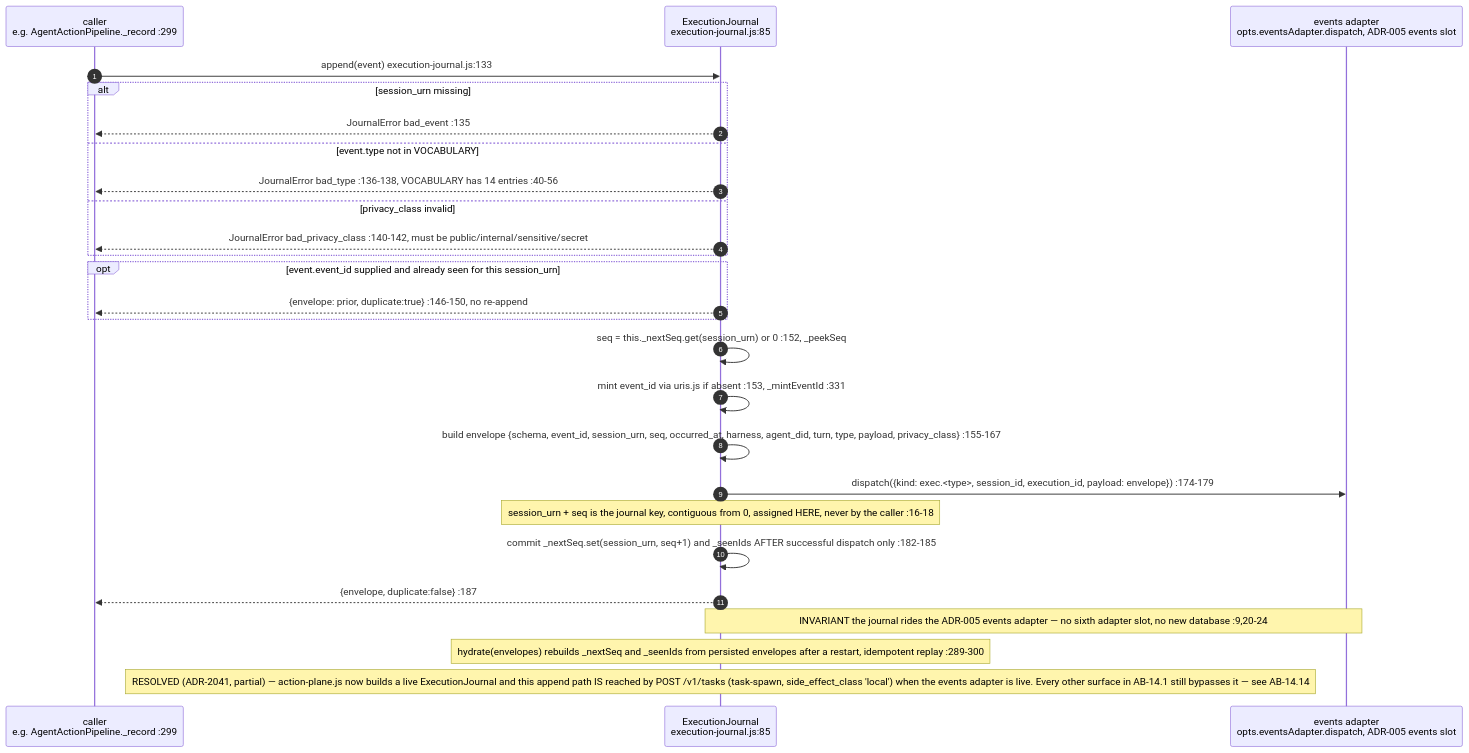
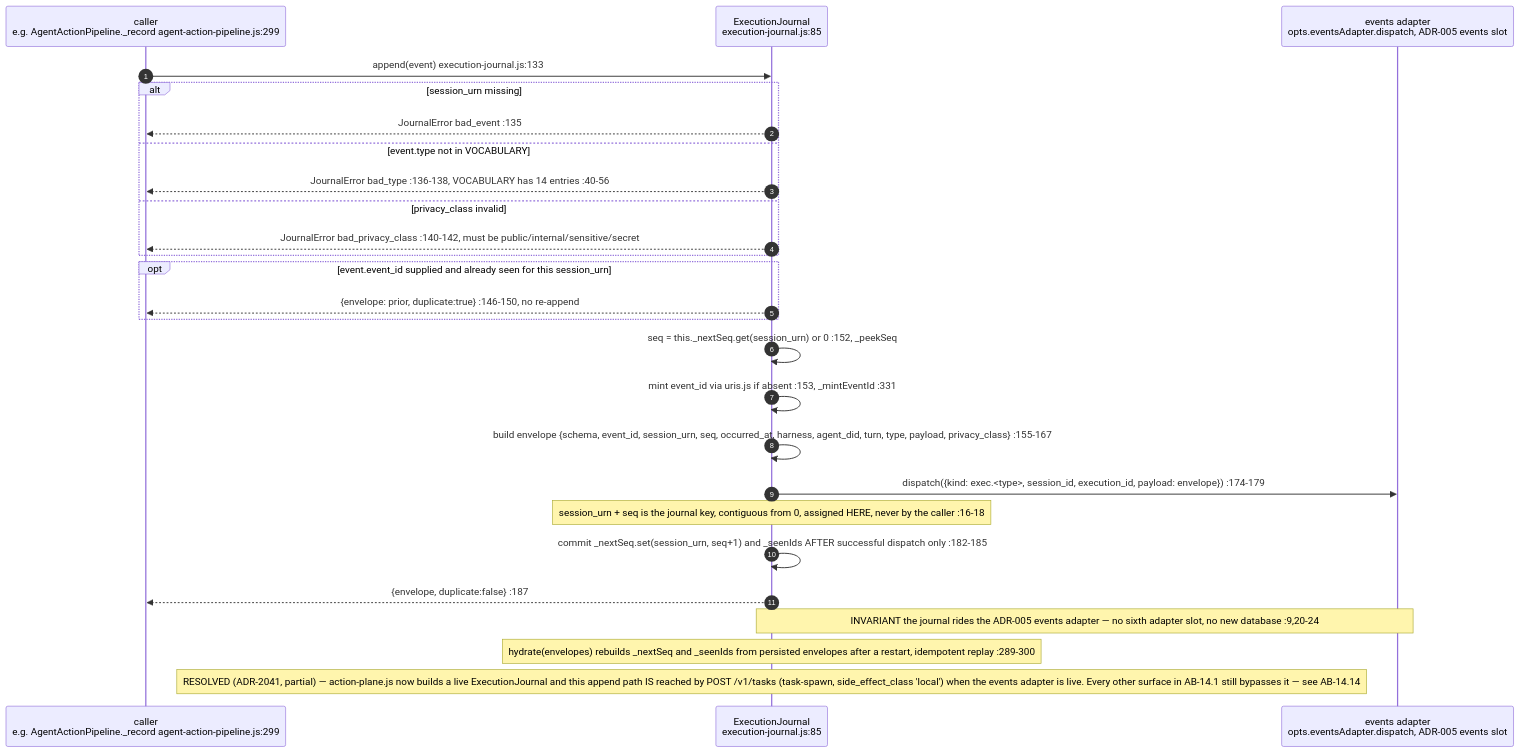
The seventh of 14 diagrams in docs/diagrams/agentbox/14-governance-journal-actions-approvals.md (DreamLab-AI/VisionFlow), drawn with Mermaid before and after one commit. The commit also changed other lines of this file and 7 other files, not shown here.

Commit message:
docs(diagrams): bind closeout security and retrieval flows to source

````diff
--- a/docs/diagrams/agentbox/14-governance-journal-actions-approvals.md
+++ b/docs/diagrams/agentbox/14-governance-journal-actions-approvals.md
@@ -305,29 +305,29 @@
 ```mermaid
 sequenceDiagram
     autonumber
-    participant CALLER as caller<br/>e.g. AgentActionPipeline._record :299
+    participant CALLER as caller<br/>e.g. AgentActionPipeline._record agent-action-pipeline.js:299
     participant EJ as ExecutionJournal<br/>execution-journal.js:85
     participant EVT as events adapter<br/>opts.eventsAdapter.dispatch, ADR-005 events slot
 
     CALLER->>EJ: append(event) execution-journal.js:133
     alt session_urn missing
         EJ-->>CALLER: JournalError bad_event :135
     else event.type not in VOCABULARY
         EJ-->>CALLER: JournalError bad_type :136-138, VOCABULARY has 14 entries :40-56
     else privacy_class invalid
         EJ-->>CALLER: JournalError bad_privacy_class :140-142, must be public/internal/sensitive/secret
     end
     opt event.event_id supplied and already seen for this session_urn
         EJ-->>CALLER: {envelope: prior, duplicate:true} :146-150, no re-append
     end
     EJ->>EJ: seq = this._nextSeq.get(session_urn) or 0 :152, _peekSeq
     EJ->>EJ: mint event_id via uris.js if absent :153, _mintEventId :331
     EJ->>EJ: build envelope {schema, event_id, session_urn, seq, occurred_at, harness, agent_did, turn, type, payload, privacy_class} :155-167
     EJ->>EVT: dispatch({kind: exec.<type>, session_id, execution_id, payload: envelope}) :174-179
     Note over EJ: session_urn + seq is the journal key, contiguous from 0, assigned HERE, never by the caller :16-18
     EJ->>EJ: commit _nextSeq.set(session_urn, seq+1) and _seenIds AFTER successful dispatch only :182-185
     EJ-->>CALLER: {envelope, duplicate:false} :187
     Note over EJ,EVT: INVARIANT the journal rides the ADR-005 events adapter — no sixth adapter slot, no new database :9,20-24
     Note over EJ: hydrate(envelopes) rebuilds _nextSeq and _seenIds from persisted envelopes after a restart, idempotent replay :289-300
     Note over EJ: RESOLVED (ADR-2041, partial) — action-plane.js now builds a live ExecutionJournal and this append path IS reached by POST /v1/tasks (task-spawn, side_effect_class 'local') when the events adapter is live. Every other surface in AB-14.1 still bypasses it — see AB-14.14
 ```
````
